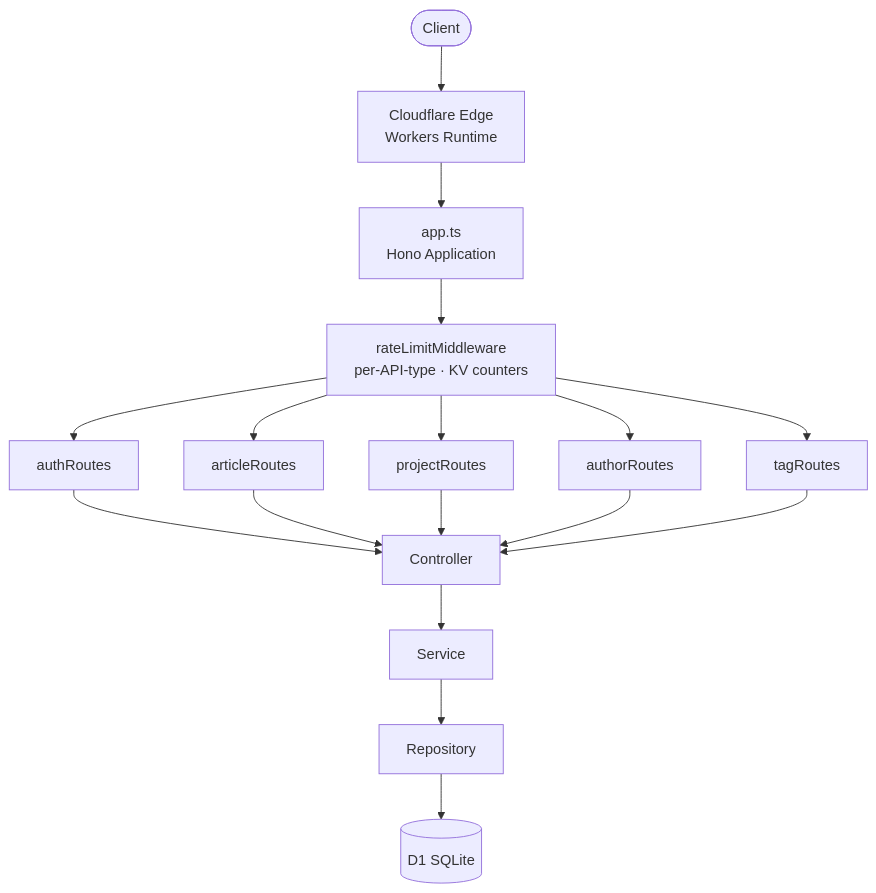
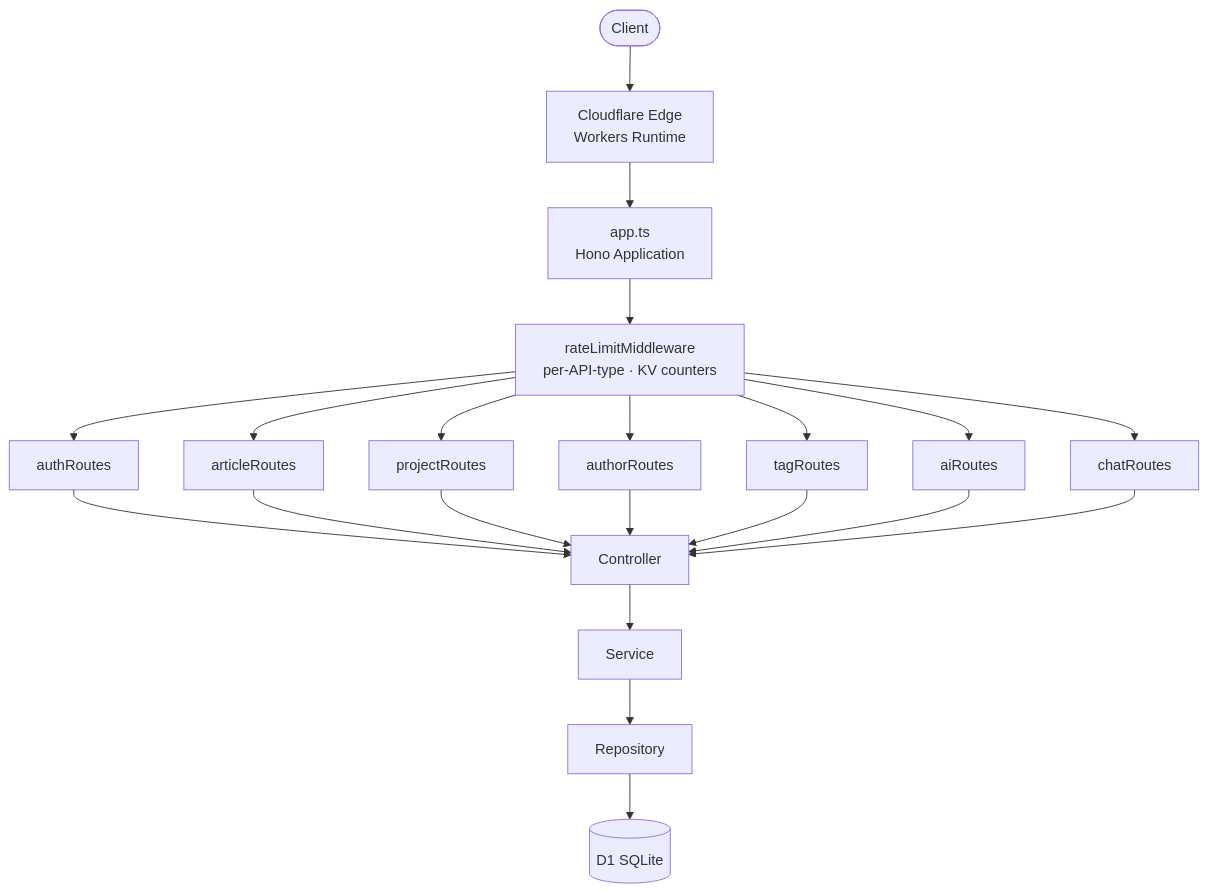
One commit to pphatdev/api.pphat.me changed the first of 9 diagrams in doc/ARCHITECTURE.md. Above: the diagram before and after it, drawn with Mermaid. The commit also changed other lines of this file and 1 other file, not shown here.

Commit message:
docs: update architecture diagram and add comprehensive system documentation

````diff
--- a/doc/ARCHITECTURE.md
+++ b/doc/ARCHITECTURE.md
@@ -9,15 +9,17 @@
 ```mermaid
 flowchart TD
     Client([Client]) --> Edge[Cloudflare Edge\nWorkers Runtime]
     Edge --> App[app.ts\nHono Application]
     App --> RL[rateLimitMiddleware\nper-API-type · KV counters]
     RL --> R1[authRoutes]
     RL --> R2[articleRoutes]
     RL --> R3[projectRoutes]
     RL --> R4[authorRoutes]
     RL --> R5[tagRoutes]
-    R1 & R2 & R3 & R4 & R5 --> Controller
+    RL --> R6[aiRoutes]
+    RL --> R7[chatRoutes]
+    R1 & R2 & R3 & R4 & R5 & R6 & R7 --> Controller
     Controller --> Service
     Service --> Repository
     Repository --> D1[(D1 SQLite)]
 ```
````
